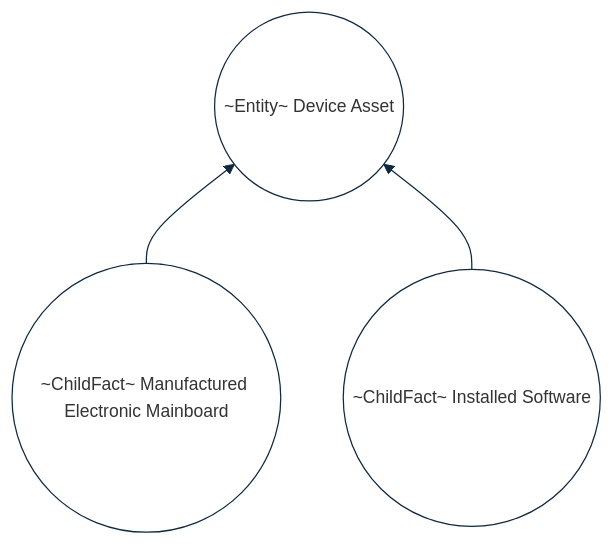
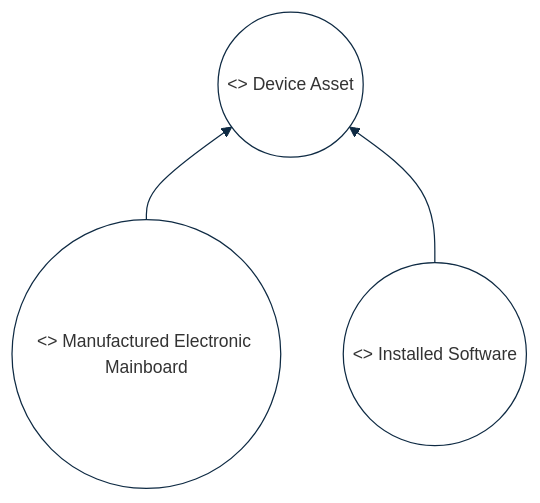
Before and after one commit to cybnity/foundation: the second of 2 diagrams in implementations-line/framework/immutable/README.md, drawn with Mermaid.

````diff
--- a/implementations-line/framework/immutable/README.md
+++ b/implementations-line/framework/immutable/README.md
@@ -135,25 +135,25 @@
 ```mermaid
 %%{
   init: {
     'theme': 'base',
     'themeVariables': {
         'background': '#ffffff',
         'fontFamily': 'arial',
         'fontSize': '14px',
         'primaryColor': '#fff',
         'primaryBorderColor': '#0e2a43',
         'secondaryBorderColor': '#0e2a43',
         'tertiaryBorderColor': '#0e2a43',
         'edgeLabelBackground':'#0e2a43',
         'lineColor': '#0e2a43',
         'tertiaryColor': '#fff'
     }
   }
 }%%
 flowchart BT
-    board((~ChildFact~ Manufactured Electronic Mainboard)) --> asset((~Entity~ Device Asset))
-    soft((~ChildFact~ Installed Software)) --> asset
+    board(("<<ChildFact>> Manufactured Electronic Mainboard")) --> asset(("<<Entity>> Device Asset"))
+    soft(("<<ChildFact>> Installed Software")) --> asset
 
 
 
 ```
````
